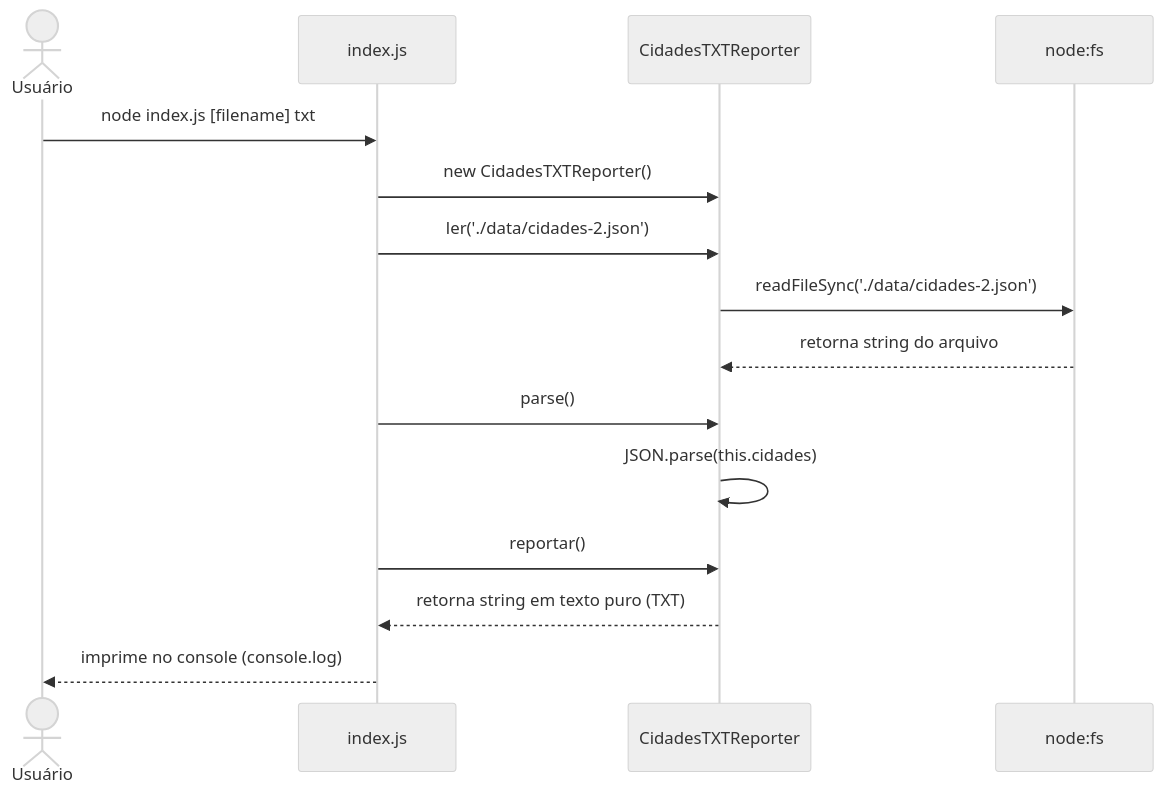
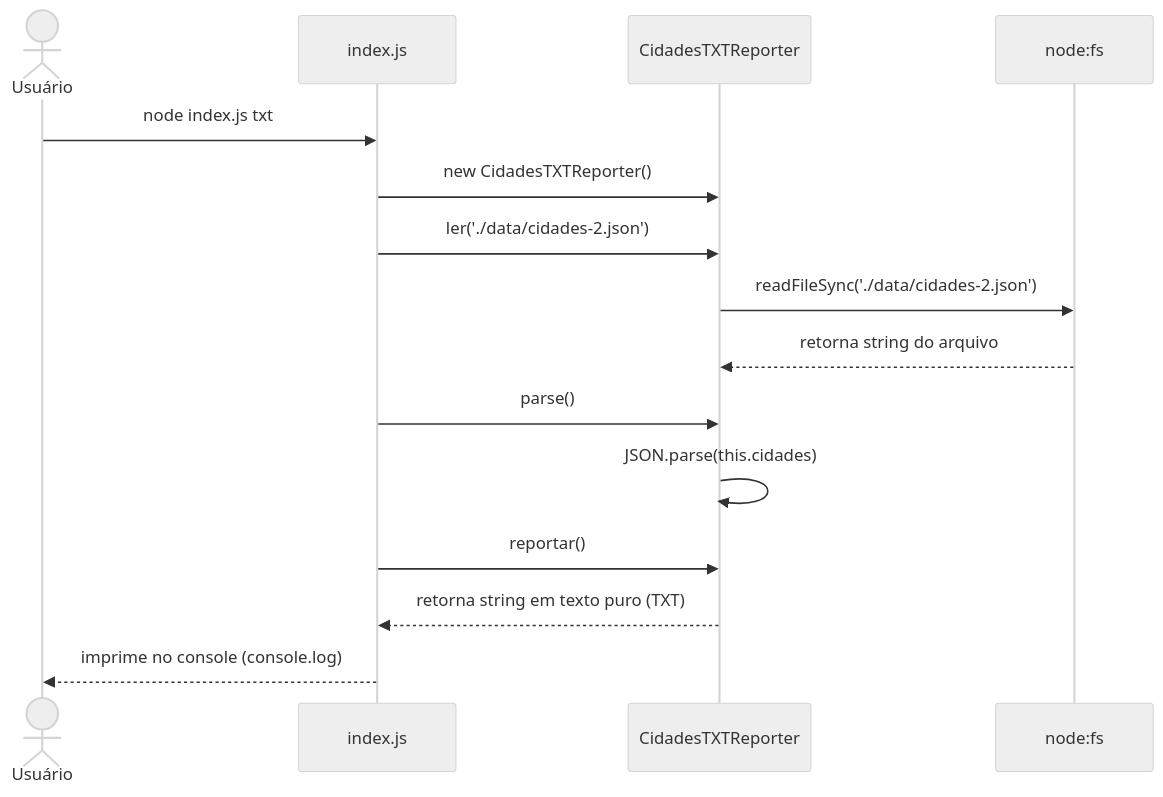
The diagram in specs/diagramas/diagrama_seq_orig_txt.mmd (lhwiedmer/tp2_eng_soft), drawn with Mermaid (neutral theme) before and after one commit. The commit also changed 11 other files, not shown here.

Commit message:
[FIX] diagramas e interface do programa

```diff
--- a/specs/diagramas/diagrama_seq_orig_txt.mmd
+++ b/specs/diagramas/diagrama_seq_orig_txt.mmd
@@ -1,21 +1,21 @@
 sequenceDiagram
     actor Usuario as Usuário
     participant CLI as index.js
     participant Reporter as CidadesTXTReporter
     participant FS as node:fs
 
-    Usuario->>CLI: node index.js [filename] txt
+    Usuario->>CLI: node index.js txt
     
     CLI->>Reporter: new CidadesTXTReporter()
     
     CLI->>Reporter: ler('./data/cidades-2.json')
     Reporter->>FS: readFileSync('./data/cidades-2.json')
     FS-->>Reporter: retorna string do arquivo
     
     CLI->>Reporter: parse()
     Reporter->>Reporter: JSON.parse(this.cidades)
     
     CLI->>Reporter: reportar()
     Reporter-->>CLI: retorna string em texto puro (TXT)
     
     CLI-->>Usuario: imprime no console (console.log)
```
